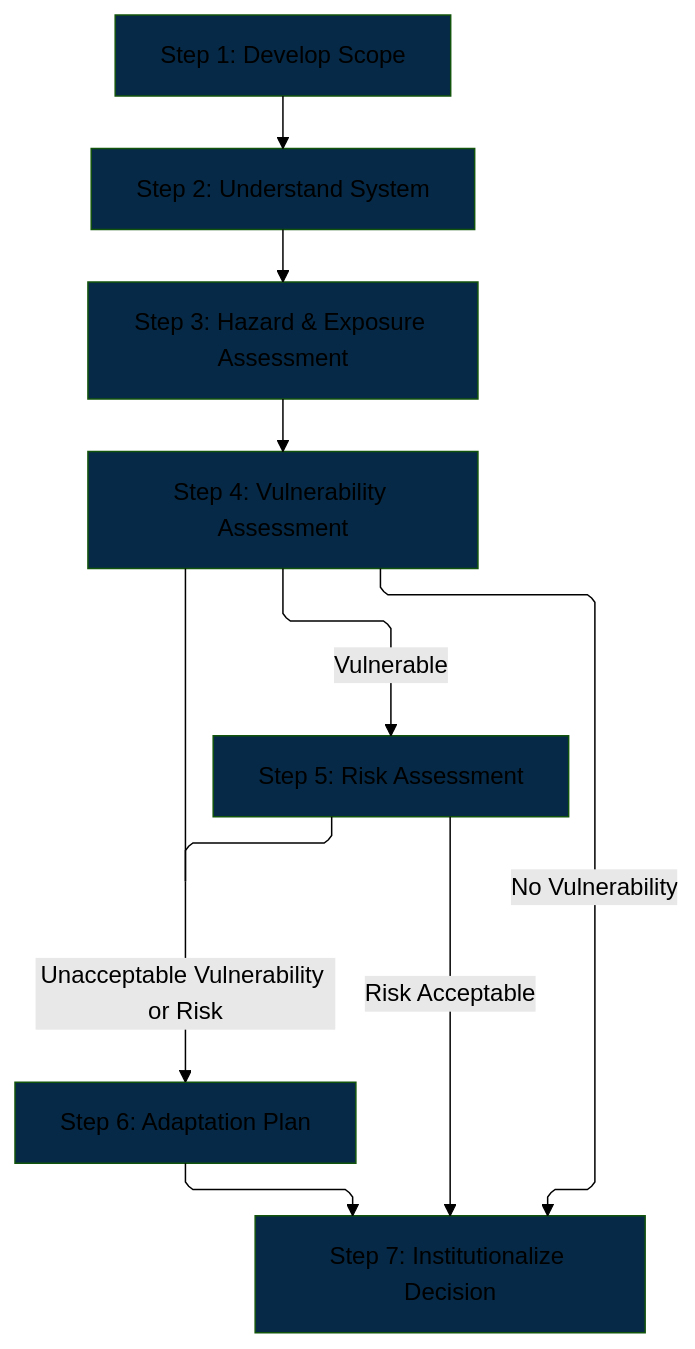
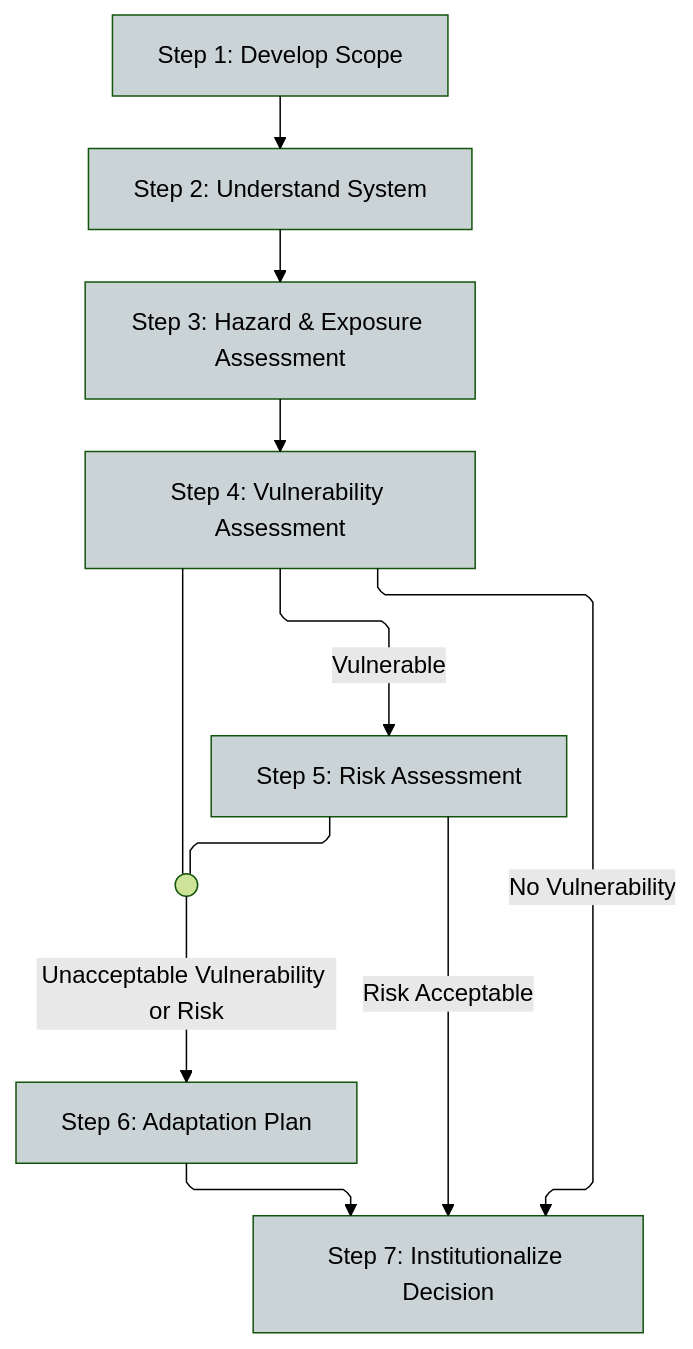
The diagram in ecdg_report/adaptation/risk_assessment.qmd (Ouranosinc/energy_climate_data_guide), drawn with Mermaid (forest theme) before and after one commit. The commit also changed 1 other file, not shown here.

Commit message:
fixes in mermaid workflows in model integration & risk assessment

````diff
--- a/ecdg_report/adaptation/risk_assessment.qmd
+++ b/ecdg_report/adaptation/risk_assessment.qmd
@@ -63,25 +63,25 @@
 ```{mermaid}
 %%| fig-align: center
 %%| fig-cap: "Generic Workflow for Adaptation"
 ---
 config:
     flowchart:
         curve: linear
 ---
 flowchart-elk TD
     A[Step 1: Develop Scope]:::basic --> B[Step 2: Understand System]:::basic
     B --> C[Step 3: Hazard & Exposure Assessment]:::basic
     C --> D[Step 4: Vulnerability Assessment]:::basic
     H[Step 7: Institutionalize Decision]:::basic
     D --> |No Vulnerability| H
     D --> |Vulnerable| E[Step 5: Risk Assessment]:::basic
     F[Step 6: Adaptation Plan]:::basic
-    D & E --- J1[ ]:::join
+    E --- J1
+    D --- J1(( )):::join
     J1 --> |Unacceptable Vulnerability or Risk| F
     E --> |Risk Acceptable| H
     F --> H
 
-    classDef basic fill:#052946
-    classDef focus fill:#CE153D
+    classDef basic fill:#CAD4D6
     classDef join height:0px
 ```
````
